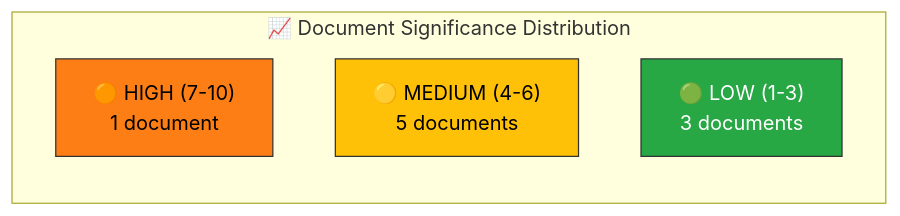
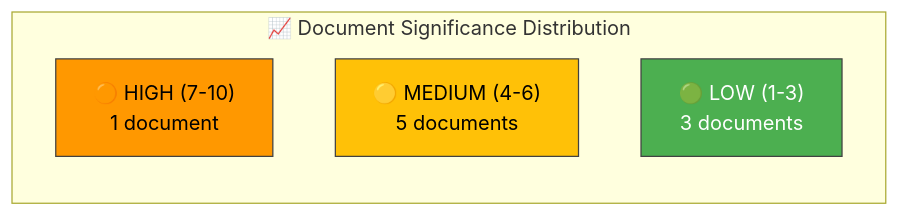
The diagram in analysis/daily/2026-04-06/realtime-1420/significance-scoring.md (Hack23/riksdagsmonitor), drawn with Mermaid before and after one commit. The commit also changed 785 other files, not shown here.

First line of the commit message:
Normalize mermaid colors across 786 analysis artifacts to ISMS Style Guide palette

````diff
--- a/analysis/daily/2026-04-06/realtime-1420/significance-scoring.md
+++ b/analysis/daily/2026-04-06/realtime-1420/significance-scoring.md
@@ -21,12 +21,12 @@
 ```mermaid
 graph LR
     subgraph "📈 Document Significance Distribution"
         HIGH["🟠 HIGH (7-10)<br/>1 document"]
         MED["🟡 MEDIUM (4-6)<br/>5 documents"]
         LOW["🟢 LOW (1-3)<br/>3 documents"]
     end
 
-    style HIGH fill:#fd7e14,stroke:#333,color:#000
-    style MED fill:#ffc107,stroke:#333,color:#000
-    style LOW fill:#28a745,stroke:#333,color:#fff
+    style HIGH fill:#FF9800,stroke:#424242,color:#000000
+    style MED fill:#FFC107,stroke:#424242,color:#000000
+    style LOW fill:#4CAF50,stroke:#424242,color:#FFFFFF
 ```
````
